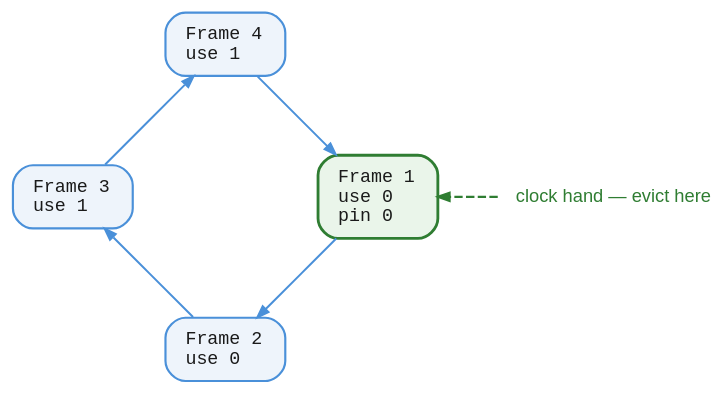
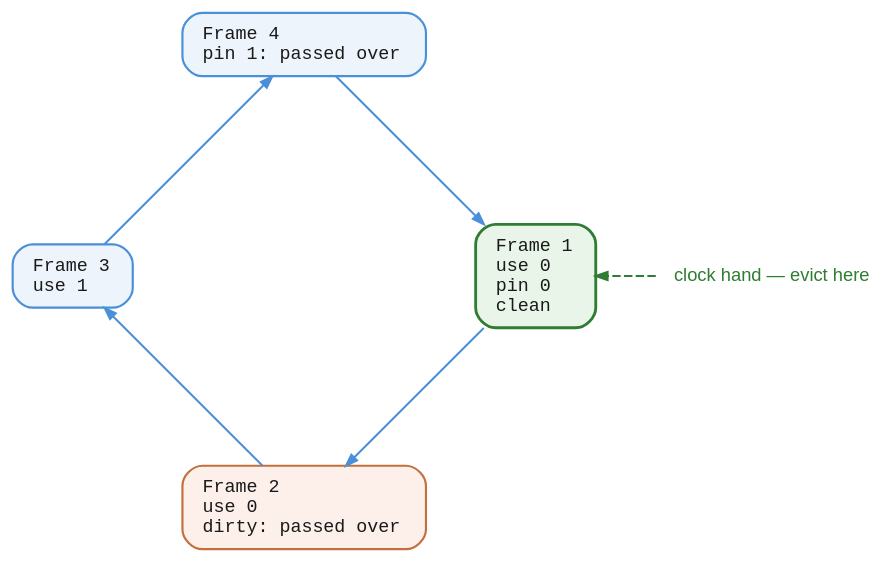
One commit to jeffhajewski/latticedb changed the diagram in book/diagrams/buffer-pool-clock.dot. Above: the diagram before and after it, drawn with Graphviz.

Commit message:
Show the clock passing over dirty and pinned frames

```diff
--- a/book/diagrams/buffer-pool-clock.dot
+++ b/book/diagrams/buffer-pool-clock.dot
@@ -1,23 +1,24 @@
-// Clock replacement: the hand sweeps frames, clearing use bits until it finds
-// an unpinned frame whose use count is already zero.
+// Clock replacement: the hand sweeps frames, passing over pinned and dirty
+// ones and clearing use bits, until it finds a clean, unpinned frame whose use
+// bit is already clear. Dirty frames are never evicted; they wait for a flush.
 digraph buffer_pool_clock {
   layout="circo"
   bgcolor="transparent"
   fontname="Helvetica,Arial,sans-serif"
   node [shape=box style="filled,rounded" fillcolor="#eef4fb" color="#4a90d9"
         penwidth=1.3 fontname="Menlo,Consolas,monospace" fontsize=11
         fontcolor="#1a1a1a" margin="0.16,0.10"]
   edge [color="#6b7280" penwidth=1.2 arrowsize=0.7]
 
-  f1 [label="Frame 1\luse 0\lpin 0\l" fillcolor="#eaf5ea" color="#2f7d32" penwidth=1.7]
-  f2 [label="Frame 2\luse 0\l"]
+  f1 [label="Frame 1\luse 0\lpin 0\lclean\l" fillcolor="#eaf5ea" color="#2f7d32" penwidth=1.7]
+  f2 [label="Frame 2\luse 0\ldirty: passed over\l" fillcolor="#fdf0ea" color="#c2703f"]
   f3 [label="Frame 3\luse 1\l"]
-  f4 [label="Frame 4\luse 1\l"]
+  f4 [label="Frame 4\lpin 1: passed over\l"]
 
   f1 -> f2 -> f3 -> f4 -> f1 [color="#4a90d9"]
 
   hand [shape=plaintext style="" fillcolor="transparent" penwidth=0
         fontname="Helvetica,Arial,sans-serif" fontsize=11 fontcolor="#2f7d32"
         label="clock hand — evict here"]
   hand -> f1 [color="#2f7d32" style=dashed penwidth=1.3]
 }
```
